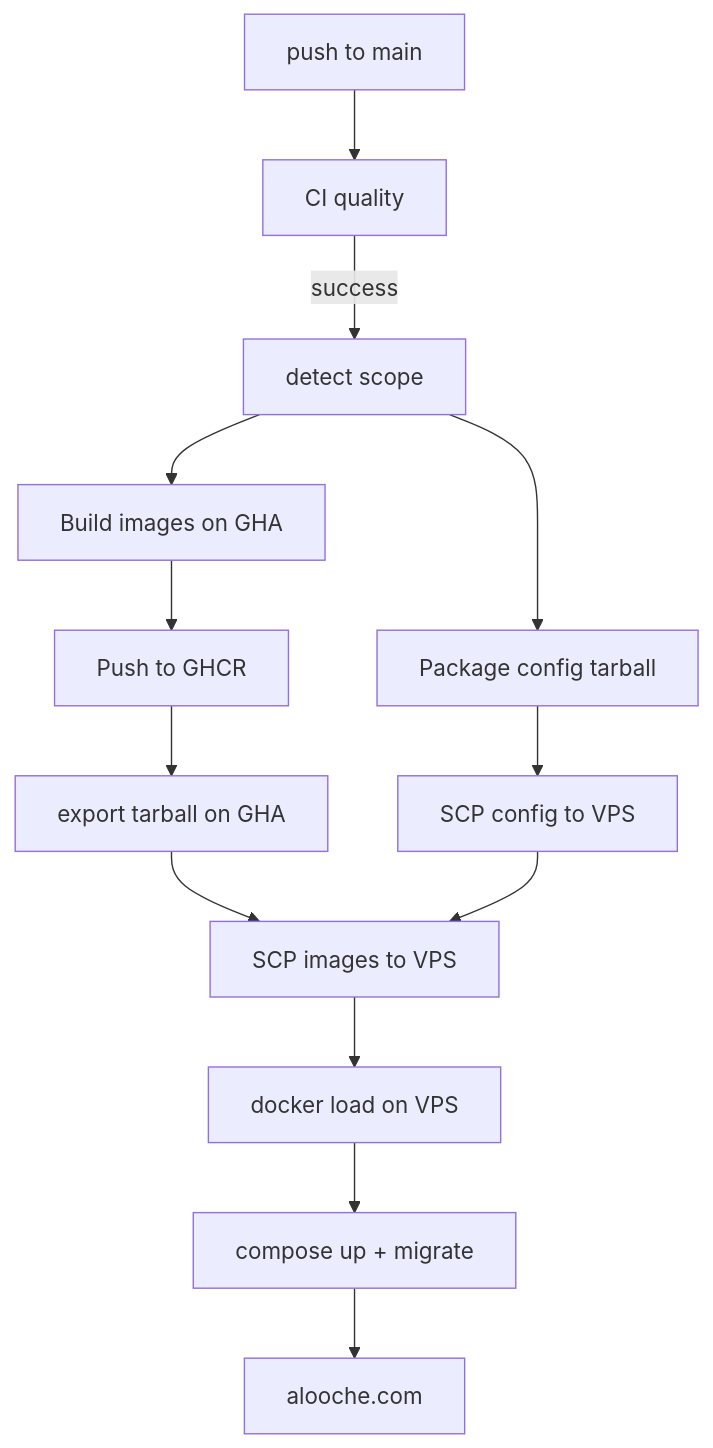
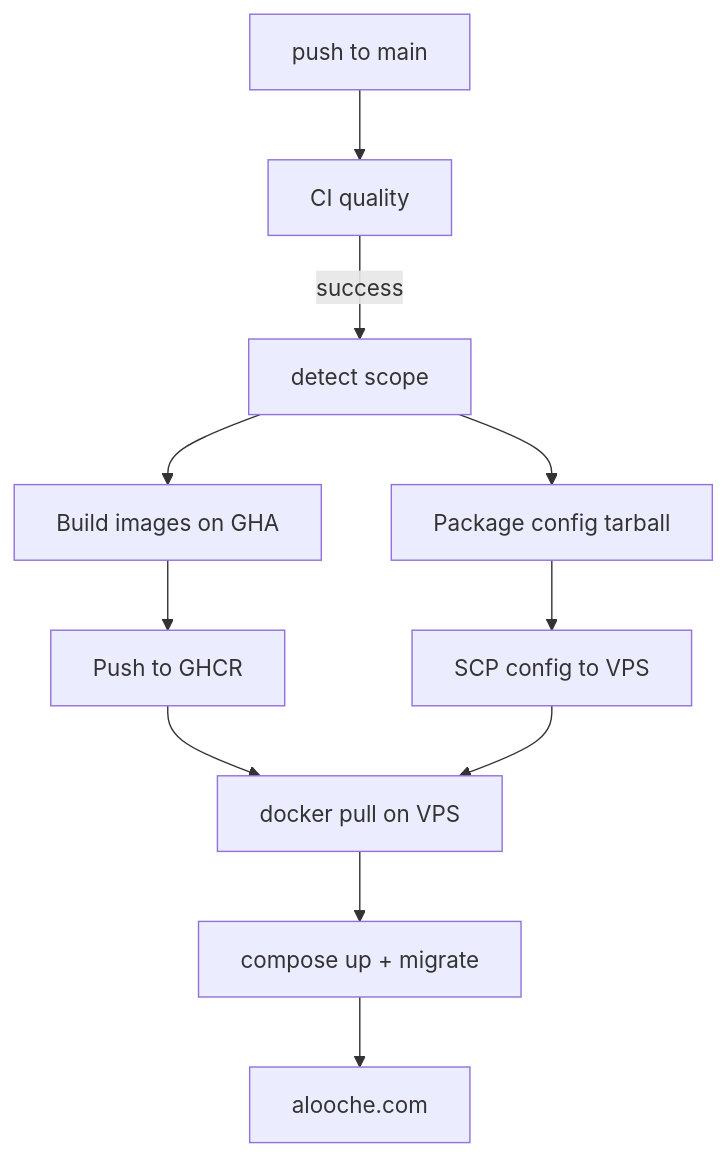
The diagram in docs/CI_CD.md (Labpar000/agahiram-final), drawn with Mermaid before and after one commit. The commit also changed other lines of this file and 2 other files, not shown here.

Commit message:
fix(ci): restore GHCR pull deploy now VPS DNS reaches ghcr.io

````diff
--- a/docs/CI_CD.md
+++ b/docs/CI_CD.md
@@ -9,15 +9,13 @@
 ```mermaid
 flowchart TD
   push[push to main] --> ci[CI quality]
   ci -->|success| scope[detect scope]
   scope --> build[Build images on GHA]
   build --> ghcr[Push to GHCR]
   scope --> config[Package config tarball]
   config --> scp[SCP config to VPS]
-  ghcr --> export[export tarball on GHA]
-  export --> scpImg[SCP images to VPS]
-  scp --> scpImg
-  scpImg --> load[docker load on VPS]
-  load --> up[compose up + migrate]
+  ghcr --> pull[docker pull on VPS]
+  scp --> pull
+  pull --> up[compose up + migrate]
   up --> live[alooche.com]
 ```
````
